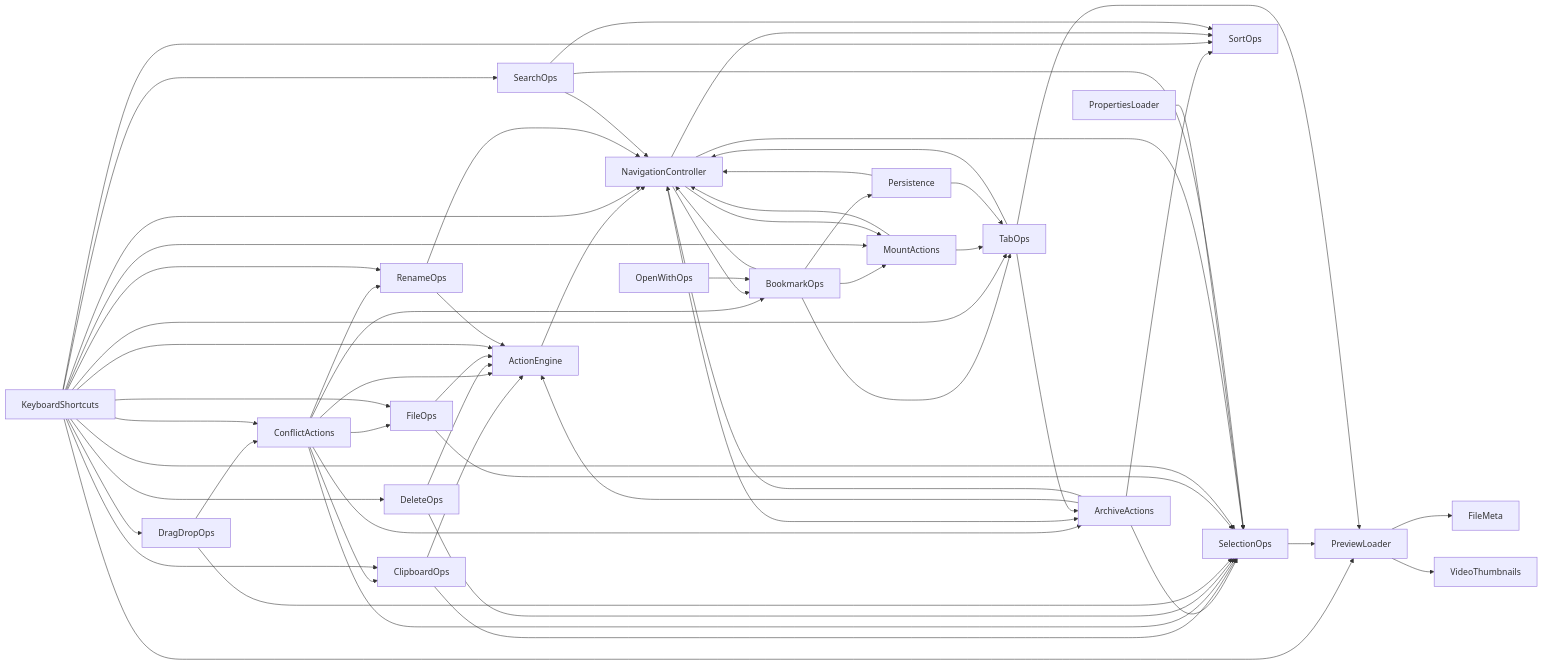
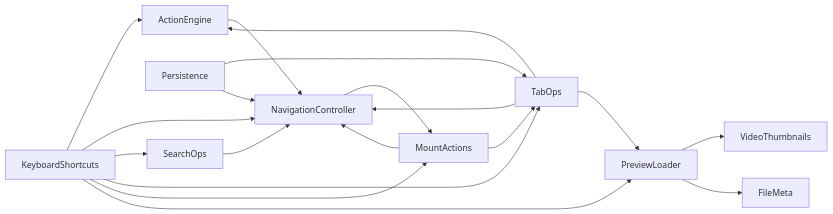
The diagram in docs/architecture/DEPENDENCY_GRAPH.md (Flaxenox/omafiles), drawn with Mermaid before and after one commit. The commit also changed other lines of this file and 31 other files, not shown here.

First line of the commit message:
fix: P1 architectural hardening, Debian Sid feedback fixes, P2.1 cleanup

````diff
--- a/docs/architecture/DEPENDENCY_GRAPH.md
+++ b/docs/architecture/DEPENDENCY_GRAPH.md
@@ -12,63 +19,21 @@
 ```mermaid
 graph LR
   ActionEngine --> NavigationController
-  ArchiveActions --> ActionEngine
-  ArchiveActions --> NavigationController
-  ArchiveActions --> SelectionOps
-  ArchiveActions --> SortOps
-  BookmarkOps --> MountActions
-  BookmarkOps --> NavigationController
-  BookmarkOps --> Persistence
-  BookmarkOps --> TabOps
-  ClipboardOps --> ActionEngine
-  ClipboardOps --> SelectionOps
-  ConflictActions --> ActionEngine
-  ConflictActions --> ArchiveActions
-  ConflictActions --> BookmarkOps
-  ConflictActions --> ClipboardOps
-  ConflictActions --> FileOps
-  ConflictActions --> RenameOps
-  ConflictActions --> SelectionOps
-  DeleteOps --> ActionEngine
-  DeleteOps --> SelectionOps
-  DragDropOps --> ConflictActions
-  DragDropOps --> SelectionOps
-  FileOps --> ActionEngine
-  FileOps --> SelectionOps
-  KeyboardShortcuts --> ActionEngine
-  KeyboardShortcuts --> ClipboardOps
-  KeyboardShortcuts --> ConflictActions
-  KeyboardShortcuts --> DeleteOps
-  KeyboardShortcuts --> DragDropOps
-  KeyboardShortcuts --> FileOps
-  KeyboardShortcuts --> MountActions
-  KeyboardShortcuts --> NavigationController
-  KeyboardShortcuts --> PreviewLoader
-  KeyboardShortcuts --> RenameOps
-  KeyboardShortcuts --> SearchOps
-  KeyboardShortcuts --> SelectionOps
-  KeyboardShortcuts --> SortOps
-  KeyboardShortcuts --> TabOps
-  MountActions --> NavigationController
-  MountActions --> TabOps
-  NavigationController --> ArchiveActions
-  NavigationController --> BookmarkOps
-  NavigationController --> MountActions
-  NavigationController --> SelectionOps
-  NavigationController --> SortOps
-  OpenWithOps --> BookmarkOps
-  Persistence --> NavigationController
-  Persistence --> TabOps
-  PreviewLoader --> FileMeta
-  PreviewLoader --> VideoThumbnails
-  PropertiesLoader --> SelectionOps
-  RenameOps --> ActionEngine
-  RenameOps --> NavigationController
-  SearchOps --> NavigationController
-  SearchOps --> SelectionOps
-  SearchOps --> SortOps
-  SelectionOps --> PreviewLoader
-  TabOps --> ArchiveActions
+  TabOps --> ActionEngine
   TabOps --> NavigationController
   TabOps --> PreviewLoader
+  NavigationController --> MountActions
+  MountActions --> TabOps
+  MountActions --> NavigationController
+  Persistence --> TabOps
+  Persistence --> NavigationController
+  SearchOps --> NavigationController
+  PreviewLoader --> VideoThumbnails
+  PreviewLoader --> FileMeta
+  KeyboardShortcuts --> ActionEngine
+  KeyboardShortcuts --> NavigationController
+  KeyboardShortcuts --> SearchOps
+  KeyboardShortcuts --> TabOps
+  KeyboardShortcuts --> MountActions
+  KeyboardShortcuts --> PreviewLoader
 ```
````
